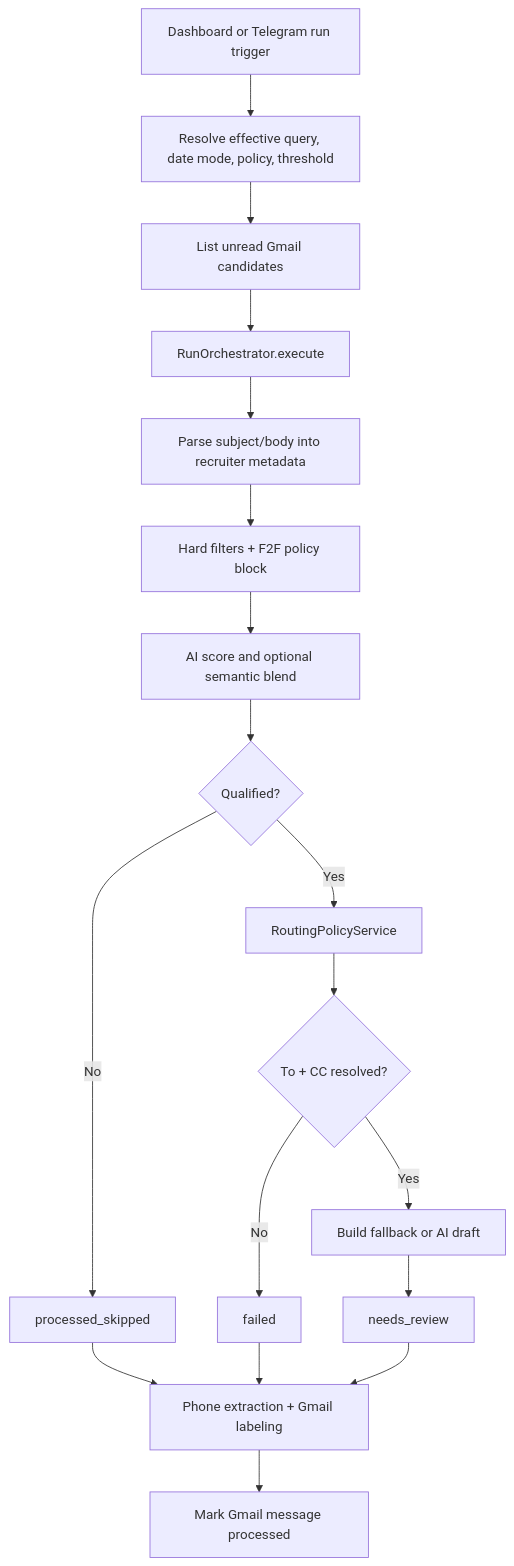
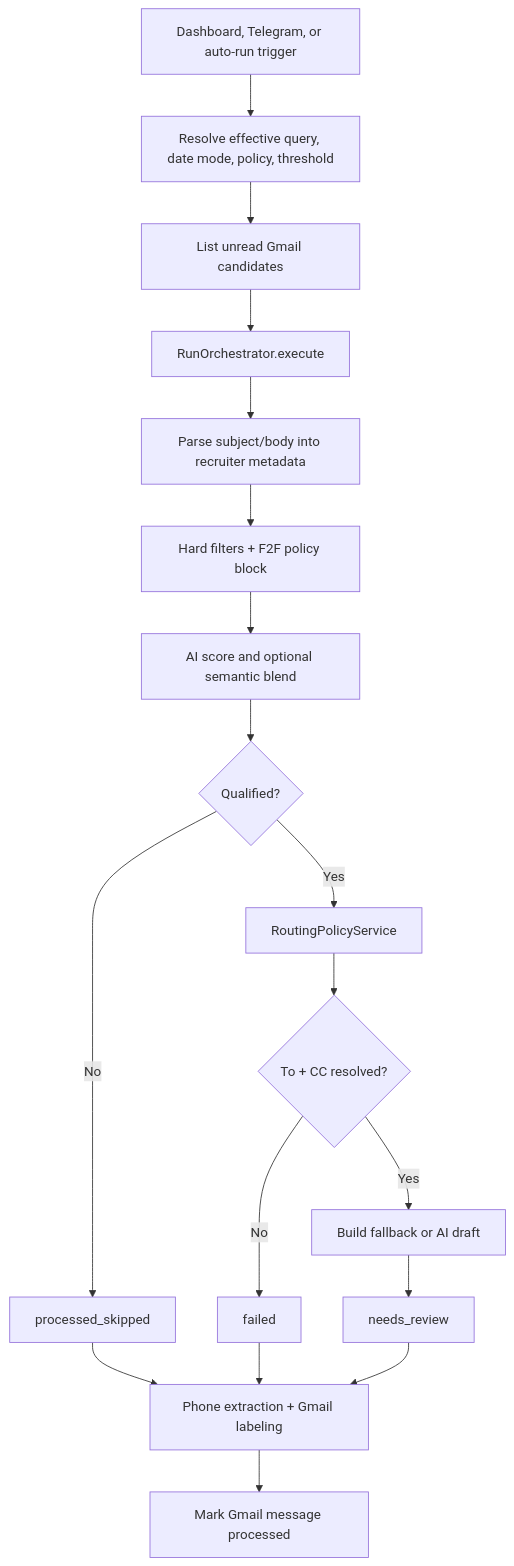
The first of 2 diagrams in docs/architecture.md (chaitanyadheeraj98/CODEJOB), drawn with Mermaid before and after one commit. The commit also changed other lines of this file and 8 other files, not shown here.

First line of the commit message:
Sync docs with current branch architecture

````diff
--- a/docs/architecture.md
+++ b/docs/architecture.md
@@ -59,20 +73,20 @@
 ```mermaid
 flowchart TD
-    A[Dashboard or Telegram run trigger] --> B[Resolve effective query, date mode, policy, threshold]
+    A[Dashboard, Telegram, or auto-run trigger] --> B[Resolve effective query, date mode, policy, threshold]
     B --> C[List unread Gmail candidates]
     C --> D[RunOrchestrator.execute]
     D --> E[Parse subject/body into recruiter metadata]
     E --> F[Hard filters + F2F policy block]
     F --> G[AI score and optional semantic blend]
     G --> H{Qualified?}
     H -->|No| I[processed_skipped]
     H -->|Yes| J[RoutingPolicyService]
     J --> K{To + CC resolved?}
     K -->|No| L[failed]
     K -->|Yes| M[Build fallback or AI draft]
     M --> N[needs_review]
     I --> O[Phone extraction + Gmail labeling]
     L --> O
     N --> O
     O --> P[Mark Gmail message processed]
 ```
````
